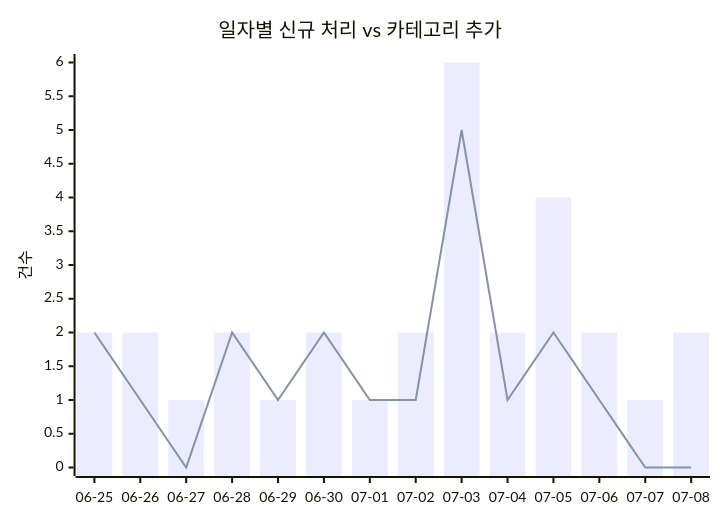
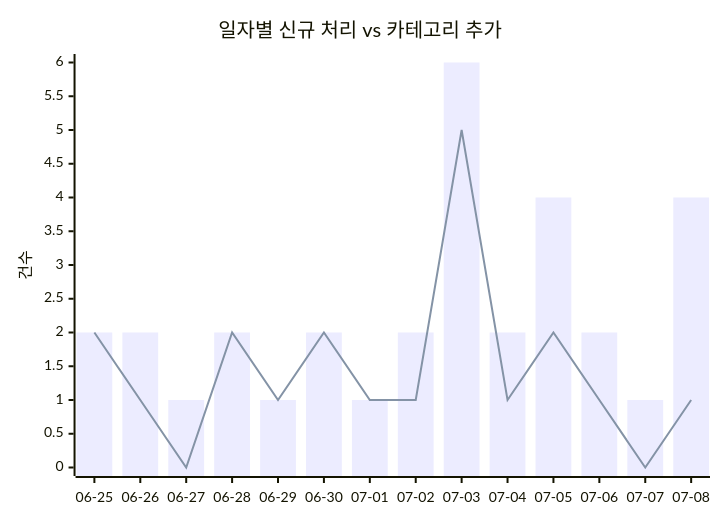
The first of 2 diagrams in docs/trends.md (J-nowcow/awesome-korean-agent-skills), drawn with Mermaid before and after one commit. The commit also changed other lines of this file and 4 other files, not shown here.

````diff
--- a/docs/trends.md
+++ b/docs/trends.md
@@ -32,8 +32,8 @@
 ```mermaid
 xychart-beta
     title "일자별 신규 처리 vs 카테고리 추가"
     x-axis ["06-25","06-26","06-27","06-28","06-29","06-30","07-01","07-02","07-03","07-04","07-05","07-06","07-07","07-08"]
     y-axis "건수"
-    bar [2,2,1,2,1,2,1,2,6,2,4,2,1,2]
-    line [2,1,0,2,1,2,1,1,5,1,2,1,0,0]
+    bar [2,2,1,2,1,2,1,2,6,2,4,2,1,4]
+    line [2,1,0,2,1,2,1,1,5,1,2,1,0,1]
 ```
````
